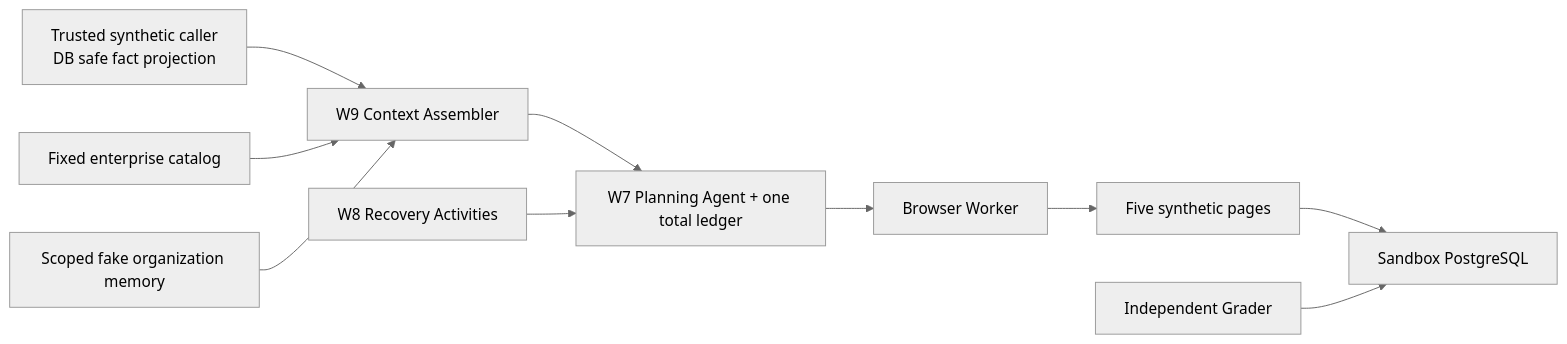
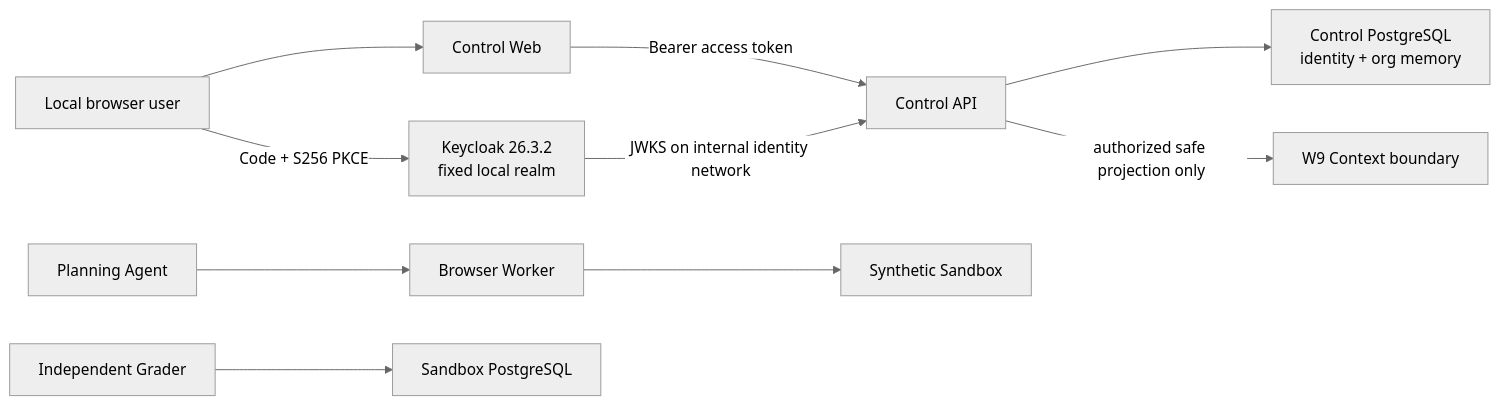
One commit to taka-wzx/flowpilot-arena changed the diagram in README.md. Above: the diagram before and after it, drawn with Mermaid (neutral theme). The commit also changed other lines of this file and 49 other files, not shown here.

```diff
--- a/README.md
+++ b/README.md
@@ -28,12 +30,12 @@
 ~~~mermaid
 flowchart LR
-    Trusted["Trusted synthetic caller<br/>DB safe fact projection"] --> Context["W9 Context Assembler"]
-    Catalog["Fixed enterprise catalog"] --> Context
-    Memory["Scoped fake organization memory"] --> Context
-    Context --> Planning["W7 Planning Agent + one total ledger"]
-    Recovery["W8 Recovery Activities"] --> Planning
-    Planning --> Browser["Browser Worker"]
-    Browser --> Sandbox["Five synthetic pages"]
-    Sandbox --> DB["Sandbox PostgreSQL"]
-    Grader["Independent Grader"] --> DB
+    BrowserUser["Local browser user"] -->|"Code + S256 PKCE"| Keycloak["Keycloak 26.3.2\nfixed local realm"]
+    BrowserUser --> Web["Control Web"]
+    Web -->|"Bearer access token"| API["Control API"]
+    Keycloak -->|"JWKS on internal identity network"| API
+    API --> IdentityDB["Control PostgreSQL\nidentity + org memory"]
+    API -->|"authorized safe projection only"| Context["W9 Context boundary"]
+    Planning["Planning Agent"] --> Browser["Browser Worker"]
+    Browser --> Sandbox["Synthetic Sandbox"]
+    Grader["Independent Grader"] --> SandboxDB["Sandbox PostgreSQL"]
 ~~~
```
